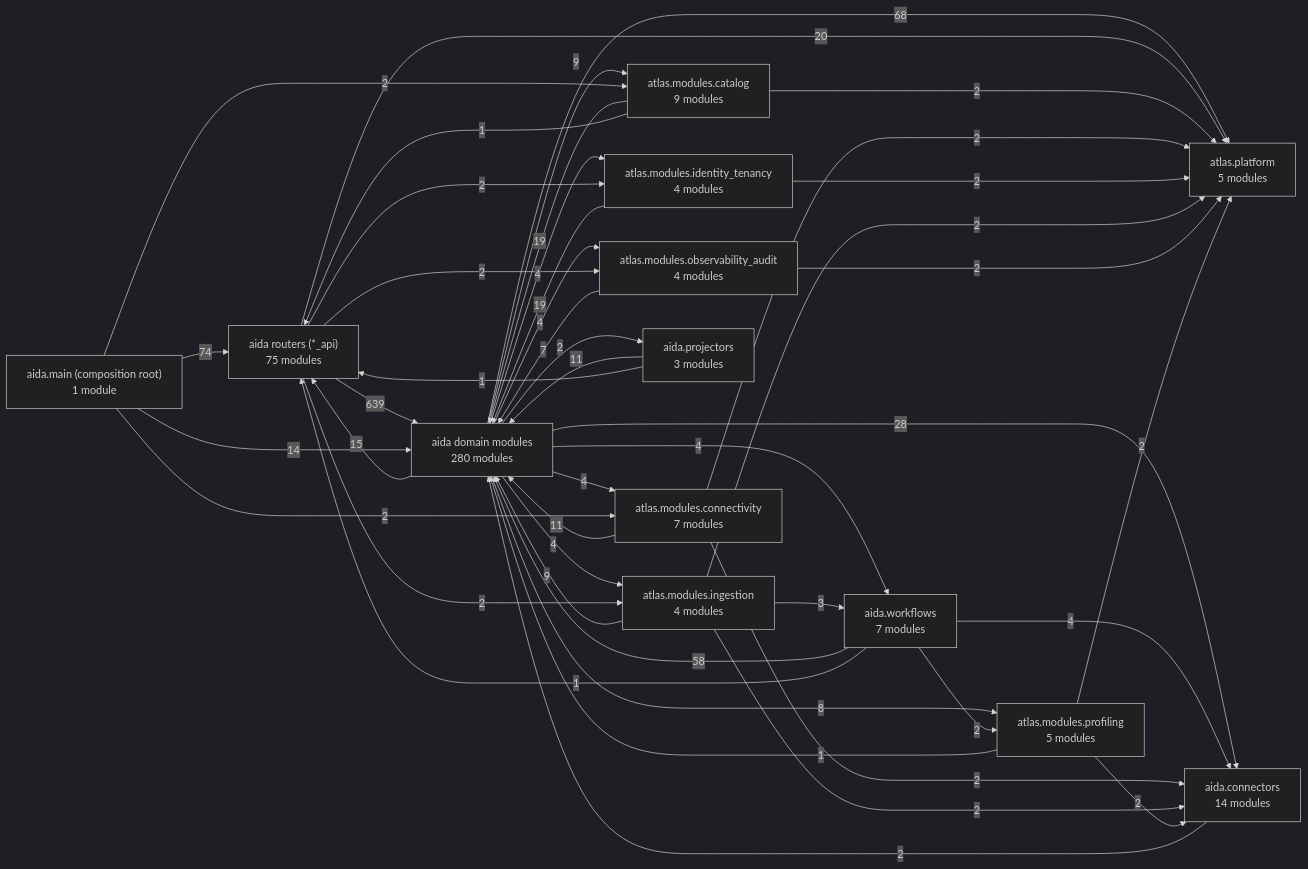
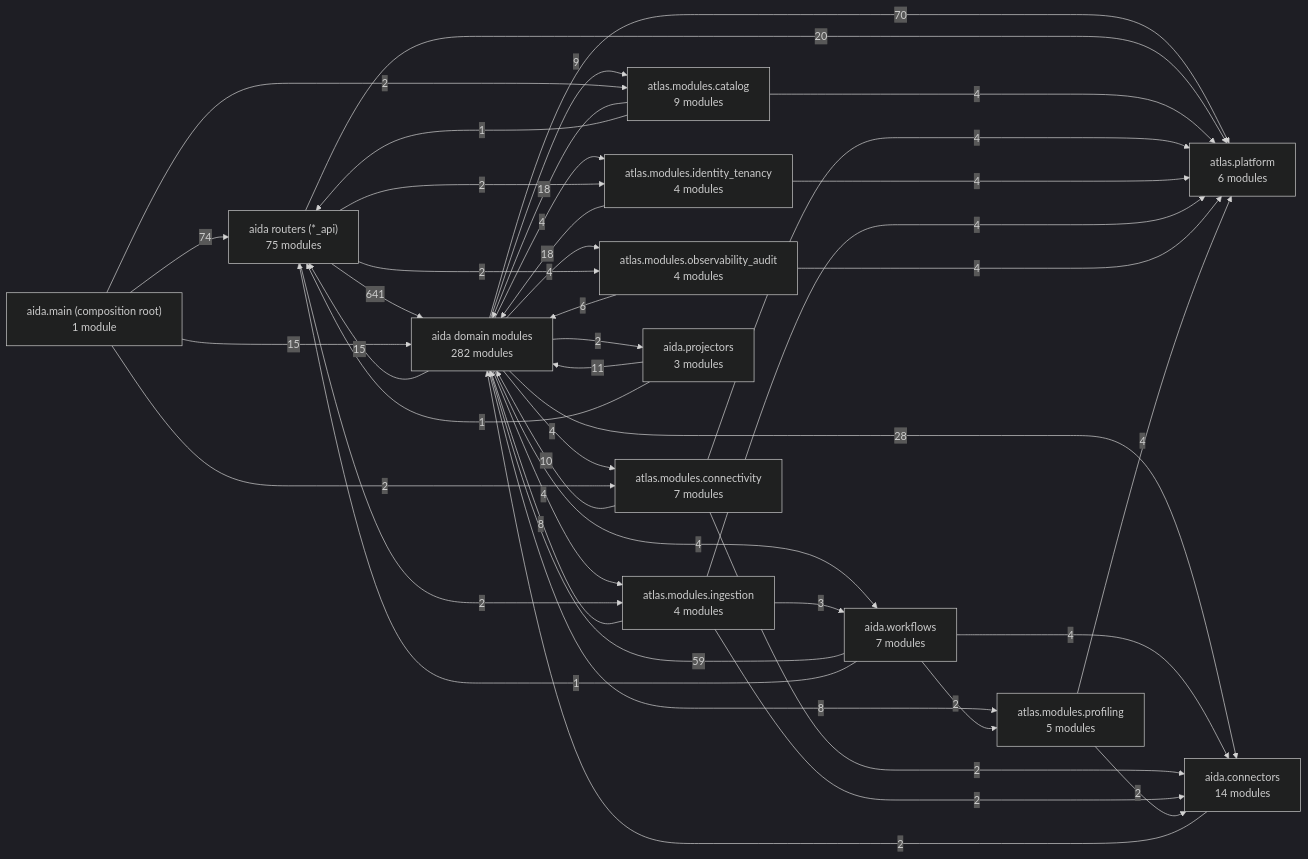
Before and after one commit to karuppusamym/AIDataAnalyst: the first of 3 diagrams in Docs/10-architecture/14-generated-architecture-map.md, drawn with Mermaid (dark theme). The commit also changed other lines of this file and 8 other files, not shown here.

First line of the commit message:
Break the schema import cycle for good, and make ruff pass again (review 2026-09-05 R03)

````diff
--- a/Docs/10-architecture/14-generated-architecture-map.md
+++ b/Docs/10-architecture/14-generated-architecture-map.md
@@ -48,60 +48,59 @@
 ```mermaid
 graph LR
   app["aida.main (composition root)<br/>1 module"]
   routers["aida routers (*_api)<br/>75 modules"]
-  domain["aida domain modules<br/>280 modules"]
+  domain["aida domain modules<br/>282 modules"]
   ctx_catalog["atlas.modules.catalog<br/>9 modules"]
   ctx_connectivity["atlas.modules.connectivity<br/>7 modules"]
   ctx_identity_tenancy["atlas.modules.identity_tenancy<br/>4 modules"]
   ctx_ingestion["atlas.modules.ingestion<br/>4 modules"]
   ctx_observability_audit["atlas.modules.observability_audit<br/>4 modules"]
   ctx_profiling["atlas.modules.profiling<br/>5 modules"]
   connectors["aida.connectors<br/>14 modules"]
   workflows["aida.workflows<br/>7 modules"]
   projectors["aida.projectors<br/>3 modules"]
-  platform["atlas.platform<br/>5 modules"]
-  routers -->|639| domain
+  platform["atlas.platform<br/>6 modules"]
+  routers -->|641| domain
   app -->|74| routers
-  domain -->|68| platform
-  workflows -->|58| domain
+  domain -->|70| platform
+  workflows -->|59| domain
   domain -->|28| connectors
   routers -->|20| platform
-  ctx_catalog -->|19| domain
-  ctx_identity_tenancy -->|19| domain
+  ctx_catalog -->|18| domain
+  ctx_identity_tenancy -->|18| domain
+  app -->|15| domain
   domain -->|15| routers
-  app -->|14| domain
-  ctx_connectivity -->|11| domain
   projectors -->|11| domain
-  ctx_ingestion -->|9| domain
+  ctx_connectivity -->|10| domain
   domain -->|9| ctx_catalog
+  ctx_ingestion -->|8| domain
   domain -->|8| ctx_profiling
-  ctx_observability_audit -->|7| domain
+  ctx_observability_audit -->|6| domain
+  ctx_catalog -->|4| platform
+  ctx_connectivity -->|4| platform
+  ctx_identity_tenancy -->|4| platform
+  ctx_ingestion -->|4| platform
+  ctx_observability_audit -->|4| platform
+  ctx_profiling -->|4| platform
   domain -->|4| ctx_connectivity
   domain -->|4| ctx_identity_tenancy
   domain -->|4| ctx_ingestion
   domain -->|4| ctx_observability_audit
   domain -->|4| workflows
   workflows -->|4| connectors
   ctx_ingestion -->|3| workflows
   app -->|2| ctx_catalog
   app -->|2| ctx_connectivity
   connectors -->|2| domain
-  ctx_catalog -->|2| platform
   ctx_connectivity -->|2| connectors
-  ctx_connectivity -->|2| platform
-  ctx_identity_tenancy -->|2| platform
   ctx_ingestion -->|2| connectors
-  ctx_ingestion -->|2| platform
-  ctx_observability_audit -->|2| platform
   ctx_profiling -->|2| connectors
-  ctx_profiling -->|2| platform
   domain -->|2| projectors
   routers -->|2| ctx_identity_tenancy
   routers -->|2| ctx_ingestion
   routers -->|2| ctx_observability_audit
   workflows -->|2| ctx_profiling
   ctx_catalog -->|1| routers
-  ctx_profiling -->|1| domain
   projectors -->|1| routers
   workflows -->|1| routers
 ```
````
